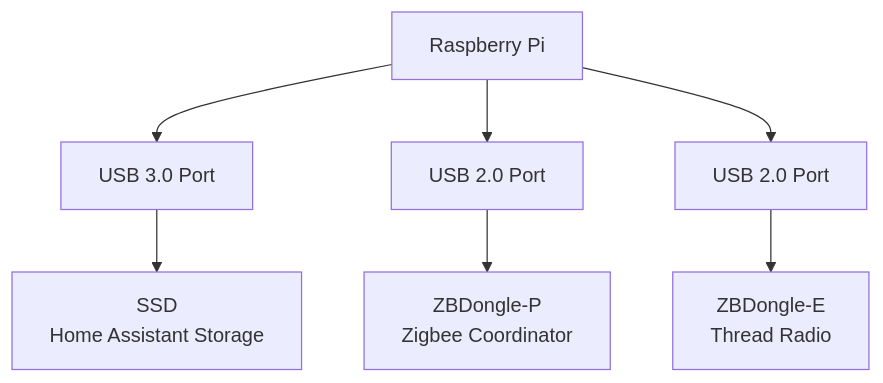
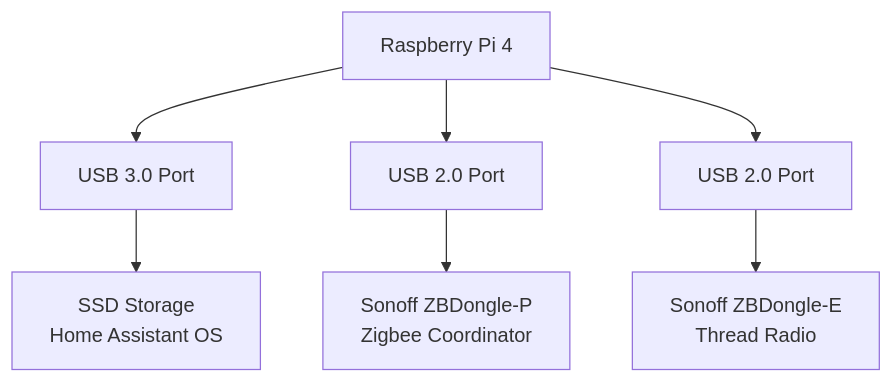
The third of 4 diagrams in README.md (aleemcummins/home-assistant-thread-guide), drawn with Mermaid before and after one commit. The commit also changed other lines of this file, not shown here.

````diff
--- a/README.md
+++ b/README.md
@@ -181,14 +183,14 @@
 ```mermaid
 flowchart TD
 
-    PI[Raspberry Pi]
+    PI[Raspberry Pi 4]
 
     PI --> USB3[USB 3.0 Port]
-    USB3 --> SSD[SSD<br>Home Assistant Storage]
+    USB3 --> SSD[SSD Storage<br>Home Assistant OS]
 
     PI --> USB2A[USB 2.0 Port]
-    USB2A --> ZIG[ZBDongle-P<br>Zigbee Coordinator]
+    USB2A --> ZIG[Sonoff ZBDongle-P<br>Zigbee Coordinator]
 
     PI --> USB2B[USB 2.0 Port]
-    USB2B --> THREAD[ZBDongle-E<br>Thread Radio]
+    USB2B --> THREAD[Sonoff ZBDongle-E<br>Thread Radio]
 ```
````
